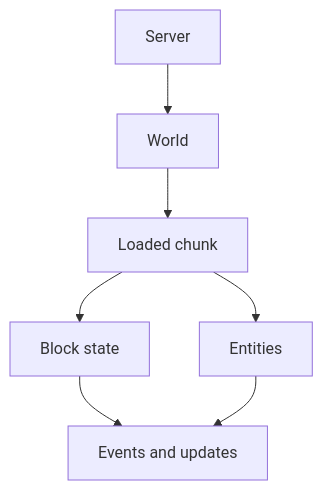
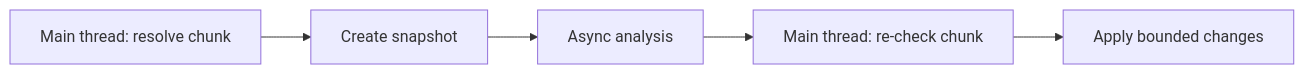
The diagram in gameplay/chunks.mdx (rwov/bukkit-docs), drawn with Mermaid before and after one commit. The commit also changed other lines of this file and 104 other files, not shown here.

````diff
--- a/gameplay/chunks.mdx
+++ b/gameplay/chunks.mdx
@@ -14,9 +34,7 @@
 ```mermaid
-flowchart TD
-  A["Server"] --> B["World"]
-  B --> C["Loaded chunk"]
-  C --> D["Block state"]
-  C --> E["Entities"]
-  D --> F["Events and updates"]
-  E --> F
+flowchart LR
+  A["Main thread: resolve chunk"] --> B["Create snapshot"]
+  B --> C["Async analysis"]
+  C --> D["Main thread: re-check chunk"]
+  D --> E["Apply bounded changes"]
 ```
````
